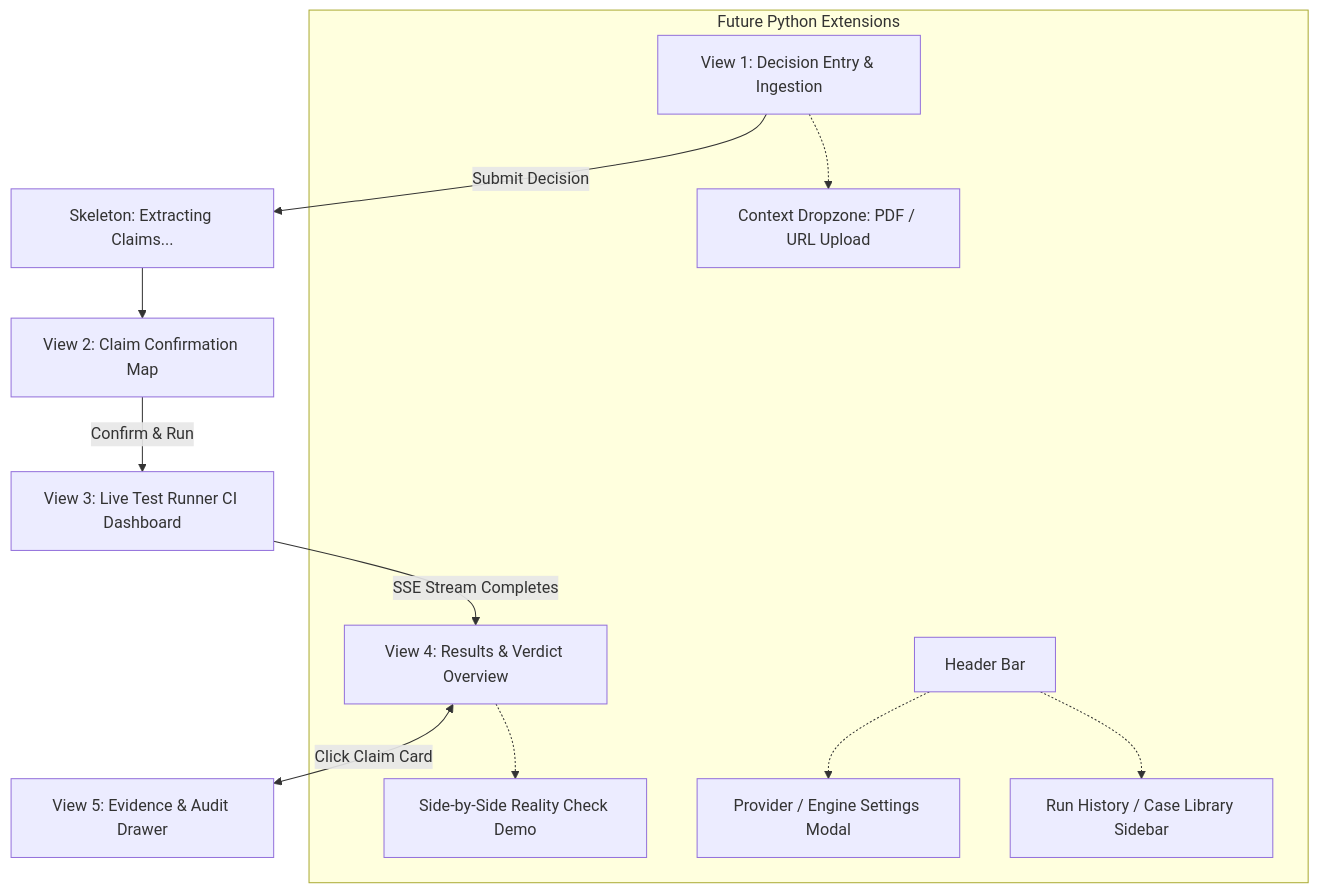
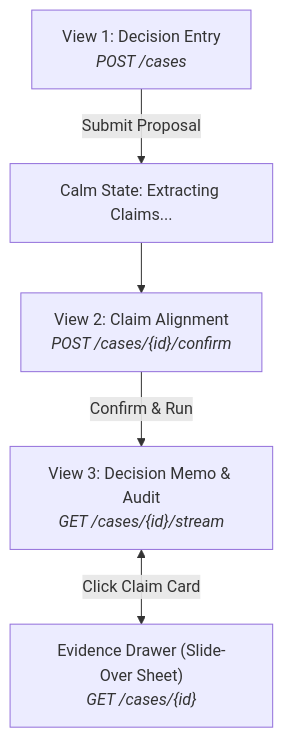
The diagram in frontend/docs/Crossfire_Views_Plan.md (hriday-singh/crossfire), drawn with Mermaid before and after one commit. The commit also changed other lines of this file and 58 other files, not shown here.

````diff
--- a/frontend/docs/Crossfire_Views_Plan.md
+++ b/frontend/docs/Crossfire_Views_Plan.md
@@ -26,15 +26,7 @@
 ```mermaid
 graph TD
-    V1[View 1: Decision Entry & Ingestion] -->|Submit Decision| Loading[Skeleton: Extracting Claims...]
-    Loading --> V2[View 2: Claim Confirmation Map]
-    V2 -->|Confirm & Run| V3[View 3: Live Test Runner CI Dashboard]
-    V3 -->|SSE Stream Completes| V4[View 4: Results & Verdict Overview]
-    V4 <-->|Click Claim Card| V5[View 5: Evidence & Audit Drawer]
-    
-    subgraph Future Python Extensions
-        V1 -.-> Ext1[Context Dropzone: PDF / URL Upload]
-        V4 -.-> Ext2[Side-by-Side Reality Check Demo]
-        Global[Header Bar] -.-> Ext3[Provider / Engine Settings Modal]
-        Global -.-> Ext4[Run History / Case Library Sidebar]
-    end
+    V1["View 1: Decision Entry<br><i>POST /cases</i>"] -->|"Submit Proposal"| Loading["Calm State: Extracting Claims..."]
+    Loading --> V2["View 2: Claim Alignment<br><i>POST /cases/{id}/confirm</i>"]
+    V2 -->|"Confirm & Run"| V3["View 3: Decision Memo & Audit<br><i>GET /cases/{id}/stream</i>"]
+    V3 <-->|"Click Claim Card"| Drawer["Evidence Drawer (Slide-Over Sheet)<br><i>GET /cases/{id}</i>"]
 ```
````
